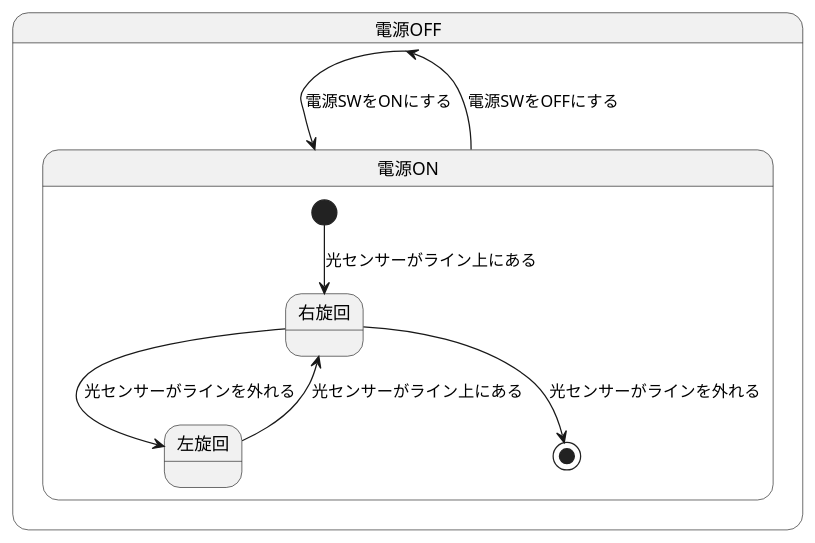
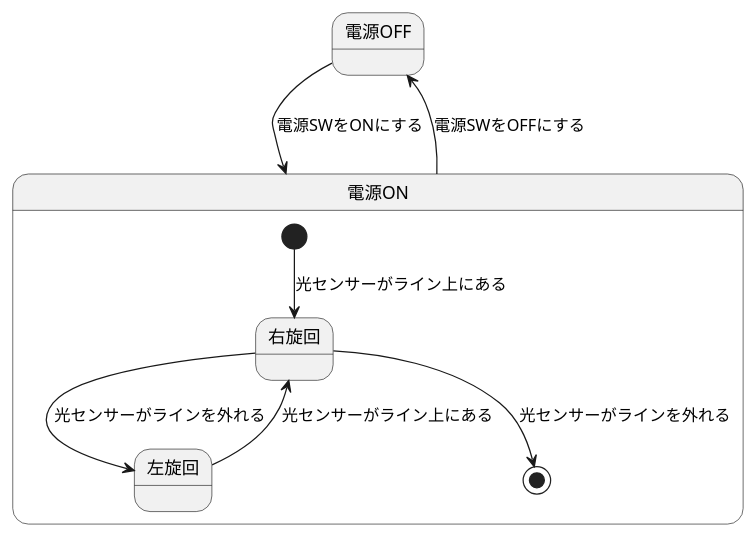
Before and after one commit to Tanifuji94/uml-introduction: the diagram in 演習6-5-3_ステートマシン図_ライントレーサー.pu, drawn with PlantUML.

Commit message:
演習6‐5‐3

```diff
--- a/演習6-5-3_ステートマシン図_ライントレーサー.pu
+++ b/演習6-5-3_ステートマシン図_ライントレーサー.pu
@@ -1,13 +1,12 @@
 @startuml 演習6‐5‐3
-state 電源OFF {
-  電源OFF --> 電源ON : 電源SWをONにする
-}
+電源OFF --> 電源ON : 電源SWをONにする
+
 state 電源ON {
   [*] --> 右旋回 : 光センサーがライン上にある
   右旋回 --> 左旋回 : 光センサーがラインを外れる
   左旋回 --> 右旋回 : 光センサーがライン上にある
   右旋回 --> [*] : 光センサーがラインを外れる
 }
 電源ON --> 電源OFF : 電源SWをOFFにする
 
 @enduml
```
